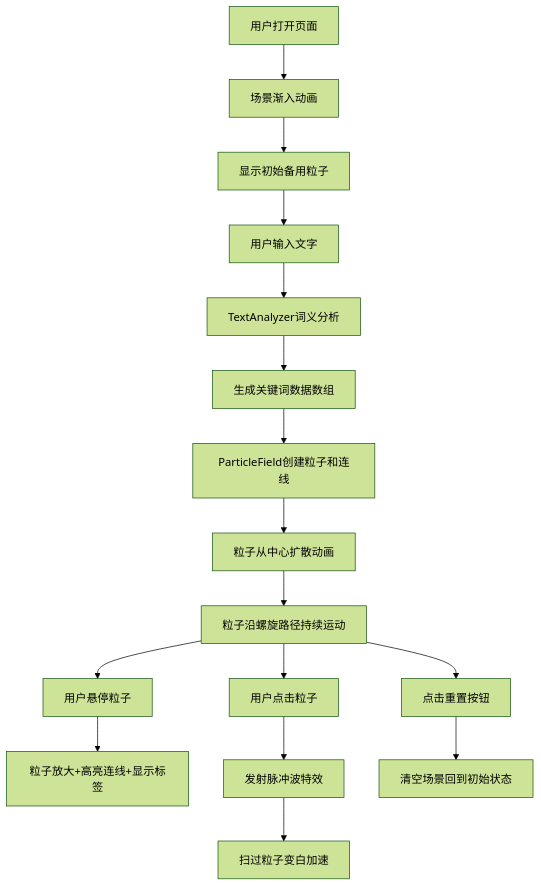
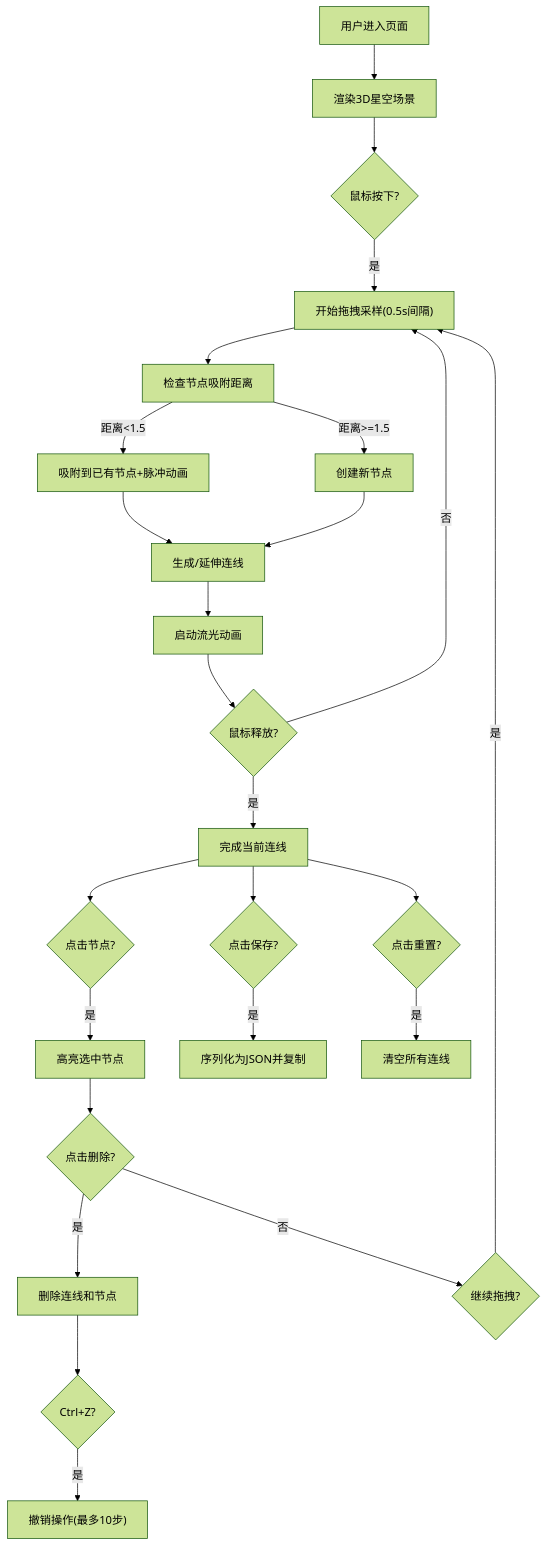
The diagram in cp1_6.9_auto22/.trae/documents/PRD.md (NUDT-ZSL/Solo), drawn with Mermaid (forest theme) before and after one commit. The commit also changed other lines of this file and 29 other files, not shown here.

````diff
--- a/cp1_6.9_auto22/.trae/documents/PRD.md
+++ b/cp1_6.9_auto22/.trae/documents/PRD.md
@@ -36,18 +34,27 @@
 ```mermaid
 flowchart TD
-    A["用户打开页面"] --> B["场景渐入动画"]
-    B --> C["显示初始备用粒子"]
-    C --> D["用户输入文字"]
-    D --> E["TextAnalyzer词义分析"]
-    E --> F["生成关键词数据数组"]
-    F --> G["ParticleField创建粒子和连线"]
-    G --> H["粒子从中心扩散动画"]
-    H --> I["粒子沿螺旋路径持续运动"]
-    I --> J["用户悬停粒子"]
-    J --> K["粒子放大+高亮连线+显示标签"]
-    I --> L["用户点击粒子"]
-    L --> M["发射脉冲波特效"]
-    M --> N["扫过粒子变白加速"]
-    I --> O["点击重置按钮"]
-    O --> P["清空场景回到初始状态"]
+    A["用户进入页面"] --> B["渲染3D星空场景"]
+    B --> C{"鼠标按下?"}
+    C -->|是| D["开始拖拽采样(0.5s间隔)"]
+    D --> E["检查节点吸附距离"]
+    E -->|距离<1.5| F["吸附到已有节点+脉冲动画"]
+    E -->|距离>=1.5| G["创建新节点"]
+    F --> H["生成/延伸连线"]
+    G --> H
+    H --> I["启动流光动画"]
+    I --> J{"鼠标释放?"}
+    J -->|否| D
+    J -->|是| K["完成当前连线"]
+    K --> L{"点击节点?"}
+    L -->|是| M["高亮选中节点"]
+    M --> N{"点击删除?"}
+    N -->|是| O["删除连线和节点"]
+    N -->|否| P{"继续拖拽?"}
+    P -->|是| D
+    O --> Q{"Ctrl+Z?"}
+    Q -->|是| R["撤销操作(最多10步)"]
+    K --> S{"点击保存?"}
+    S -->|是| T["序列化为JSON并复制"]
+    K --> U{"点击重置?"}
+    U -->|是| V["清空所有连线"]
 ```
````
